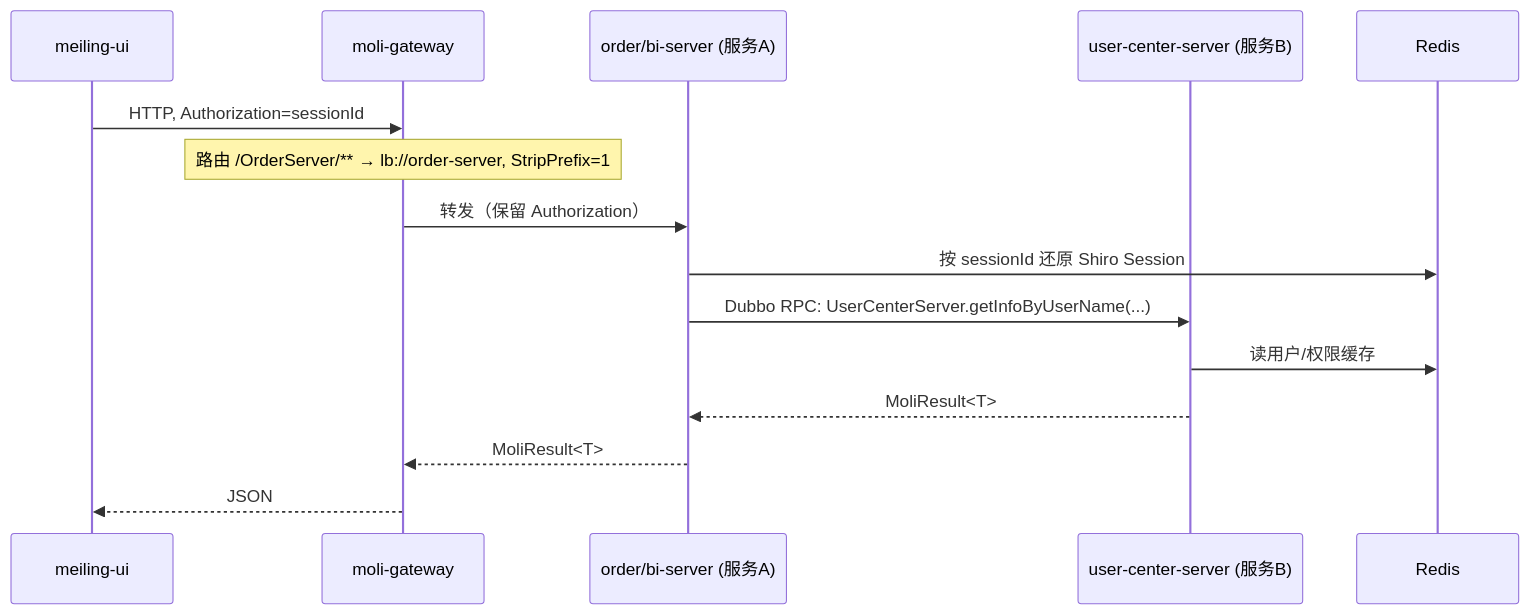
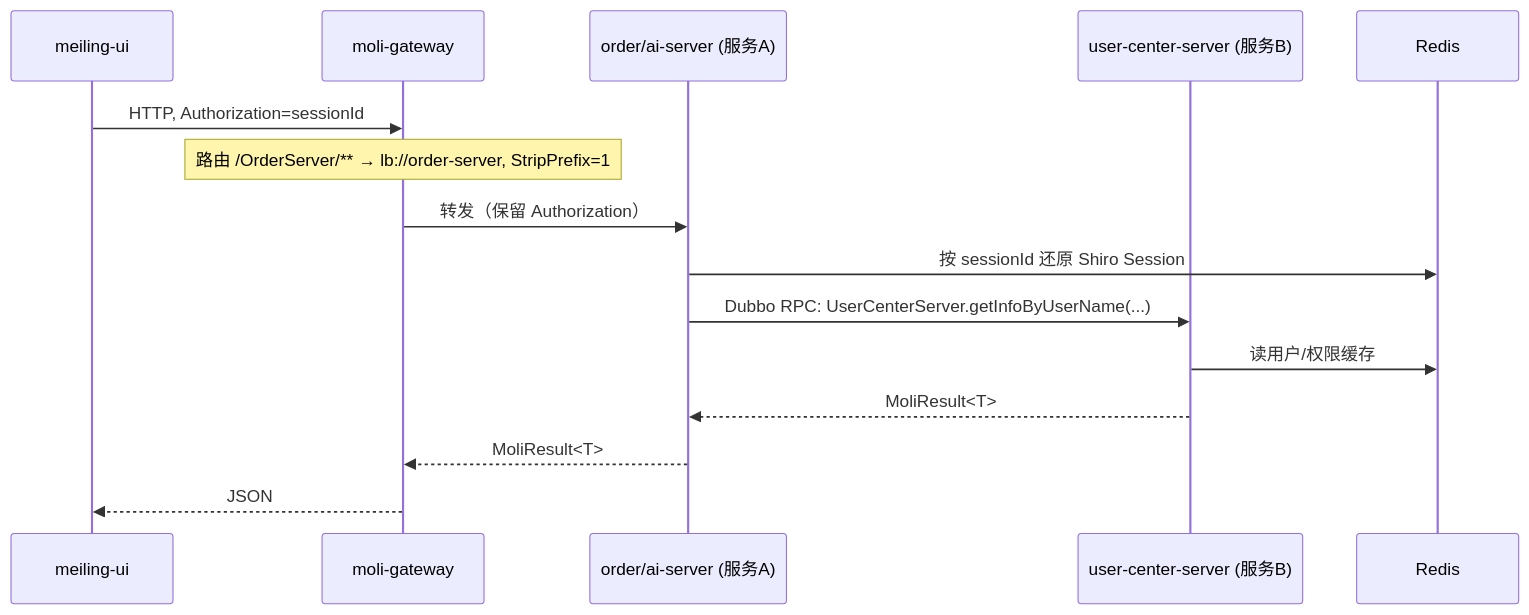
One commit to wujinsen/moli-project-distribute changed the first of 2 diagrams in docs/zh-CN/ARCHITECTURE.md. Above: the diagram before and after it, drawn with Mermaid. The commit also changed other lines of this file and 95 other files, not shown here.

````diff
--- a/docs/zh-CN/ARCHITECTURE.md
+++ b/docs/zh-CN/ARCHITECTURE.md
@@ -46,18 +46,18 @@
 ```mermaid
 sequenceDiagram
     participant UI as meiling-ui
     participant GW as moli-gateway
-    participant A as order/bi-server (服务A)
+    participant A as order/ai-server (服务A)
     participant B as user-center-server (服务B)
     participant R as Redis
 
     UI->>GW: HTTP, Authorization=sessionId
     Note over GW: 路由 /OrderServer/** → lb://order-server, StripPrefix=1
     GW->>A: 转发（保留 Authorization）
     A->>R: 按 sessionId 还原 Shiro Session
     A->>B: Dubbo RPC: UserCenterServer.getInfoByUserName(...)
     B->>R: 读用户/权限缓存
     B-->>A: MoliResult<T>
     A-->>GW: MoliResult<T>
     GW-->>UI: JSON
 ```
````
